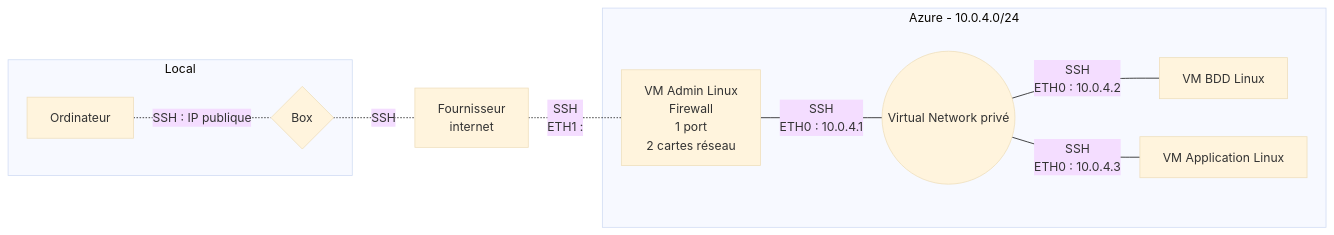
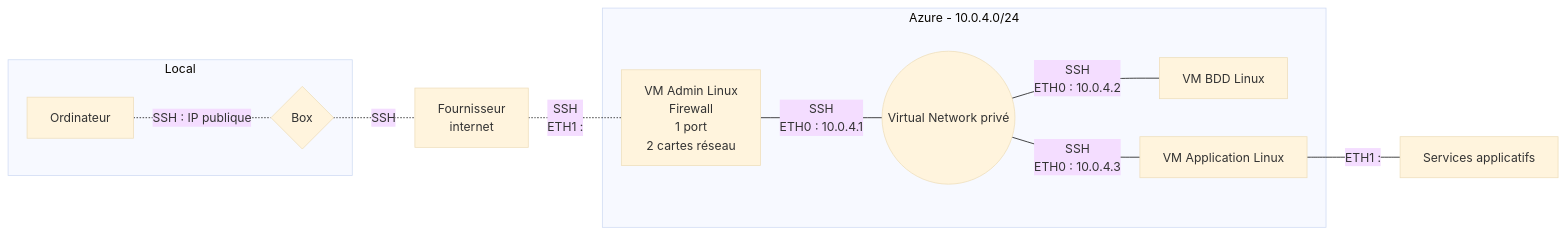
One commit to simplon-ThomasJulian/Brief2_Groupe4 changed the diagram in Brouillon.md. Above: the diagram before and after it, drawn with Mermaid (base theme).

````diff
--- a/Brouillon.md
+++ b/Brouillon.md
@@ -1,13 +1,14 @@
 ```mermaid
 flowchart LR
     subgraph Local
     Ordinateur[Ordinateur] -.-|SSH : IP publique| Box{Box}
     end
     Box -.-|SSH| Internet[Fournisseur <br /> internet]
     Internet -.-|SSH <br /> ETH1 : | VMAdmin[VM Admin Linux <br /> Firewall <br /> 1 port <br /> 2 cartes réseau]
     subgraph Azure - 10.0.4.0/24
     VMAdmin ---|SSH  <br /> ETH0 : 10.0.4.1| VN((Virtual Network privé))
     VN ---|SSH  <br /> ETH0 : 10.0.4.2| BDD[VM BDD Linux]
     VN ---|SSH  <br />  ETH0 : 10.0.4.3| Appli[VM Application Linux]
     end
+    Appli --- |ETH1 : | Services[Services applicatifs]
 ```
````
